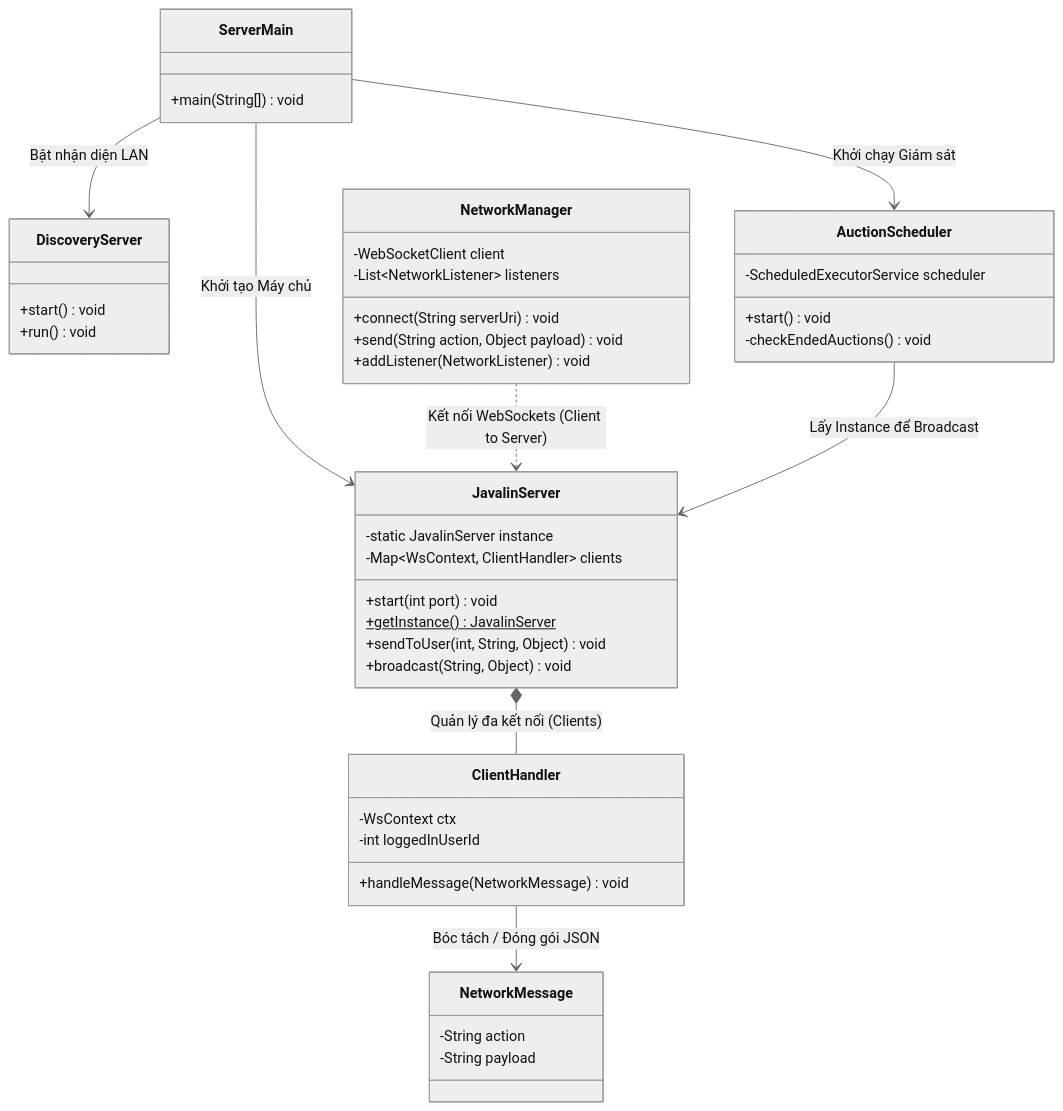
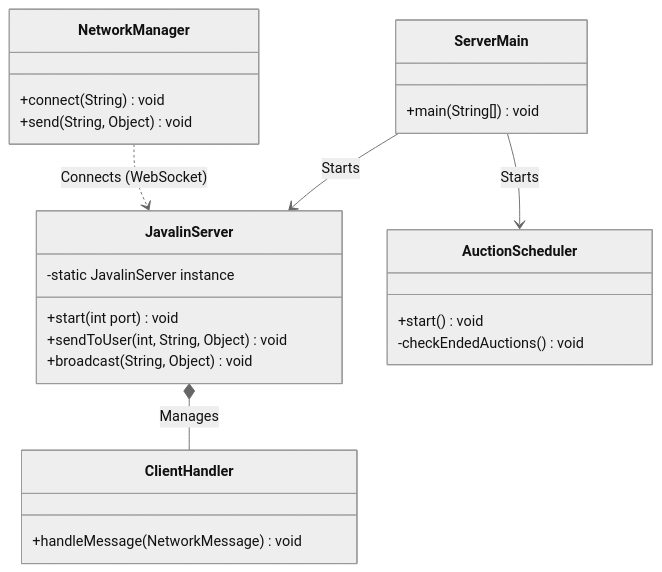
The fourth of 4 diagrams in README.md (25021616-sketch/Dau_Gia_Truc_Tuyen_Nhom2), drawn with Mermaid (neutral theme) before and after one commit. The commit also changed other lines of this file, not shown here.

````diff
--- a/README.md
+++ b/README.md
@@ -267,57 +138,28 @@
 ```mermaid
 classDiagram
     direction TB
-
+    class JavalinServer {
+        -static JavalinServer instance
+        +start(int port) void
+        +sendToUser(int, String, Object) void
+        +broadcast(String, Object) void
+    }
+    class ClientHandler {
+        +handleMessage(NetworkMessage) void
+    }
+    class NetworkManager {
+        +connect(String) void
+        +send(String, Object) void
+    }
+    class AuctionScheduler {
+        +start() void
+        -checkEndedAuctions() void
+    }
     class ServerMain {
         +main(String[]) void
     }
-    
-    class DiscoveryServer {
-        +start() void
-        +run() void 
-    }
-
-    class JavalinServer {
-        -static JavalinServer instance
-        -Map~WsContext, ClientHandler~ clients
-        +start(int port) void
-        +getInstance() JavalinServer$
-        +sendToUser(int, String, Object) void
-        +broadcast(String, Object) void
-    }
-
-    class ClientHandler {
-        -WsContext ctx
-        -int loggedInUserId
-        +handleMessage(NetworkMessage) void
-    }
-
-    class AuctionScheduler {
-        -ScheduledExecutorService scheduler
-        +start() void
-        -checkEndedAuctions() void
-    }
-
-    class NetworkManager {
-        -WebSocketClient client
-        -List~NetworkListener~ listeners
-        +connect(String serverUri) void
-        +send(String action, Object payload) void
-        +addListener(NetworkListener) void
-    }
-
-    class NetworkMessage {
-        -String action
-        -String payload
-    }
-
-    ServerMain --> JavalinServer : Khởi tạo Máy chủ
-    ServerMain --> AuctionScheduler : Khởi chạy Giám sát
-    ServerMain --> DiscoveryServer : Bật nhận diện LAN
-    
-    JavalinServer *-- ClientHandler : Quản lý đa kết nối (Clients)
-    ClientHandler --> NetworkMessage : Bóc tách / Đóng gói JSON
-    
-    NetworkManager ..> JavalinServer : Kết nối WebSockets (Client to Server)
-    AuctionScheduler --> JavalinServer : Lấy Instance để Broadcast
+    ServerMain --> JavalinServer : Starts
+    ServerMain --> AuctionScheduler : Starts
+    JavalinServer *-- ClientHandler : Manages
+    NetworkManager ..> JavalinServer : Connects (WebSocket)
 ```
````
